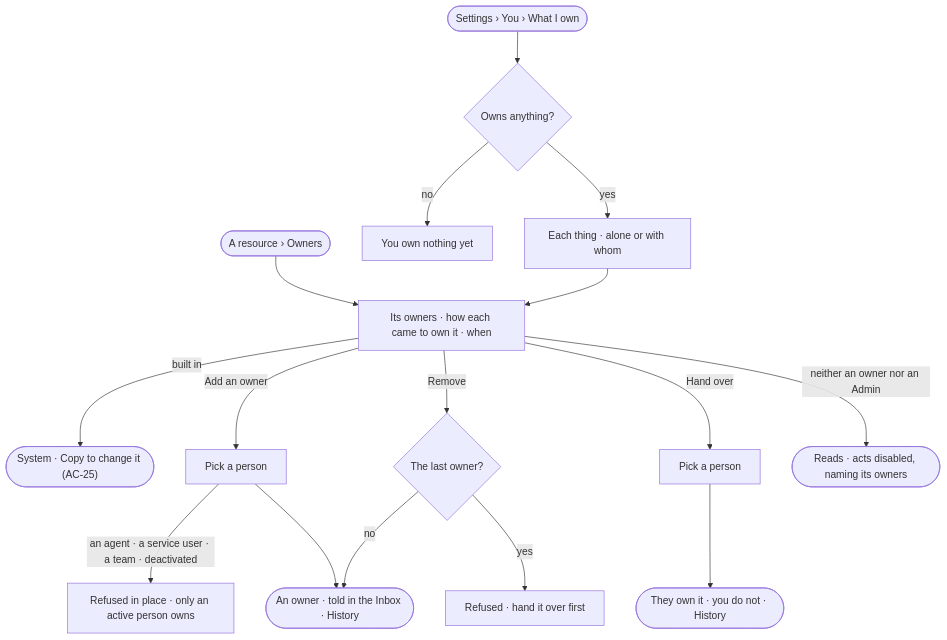
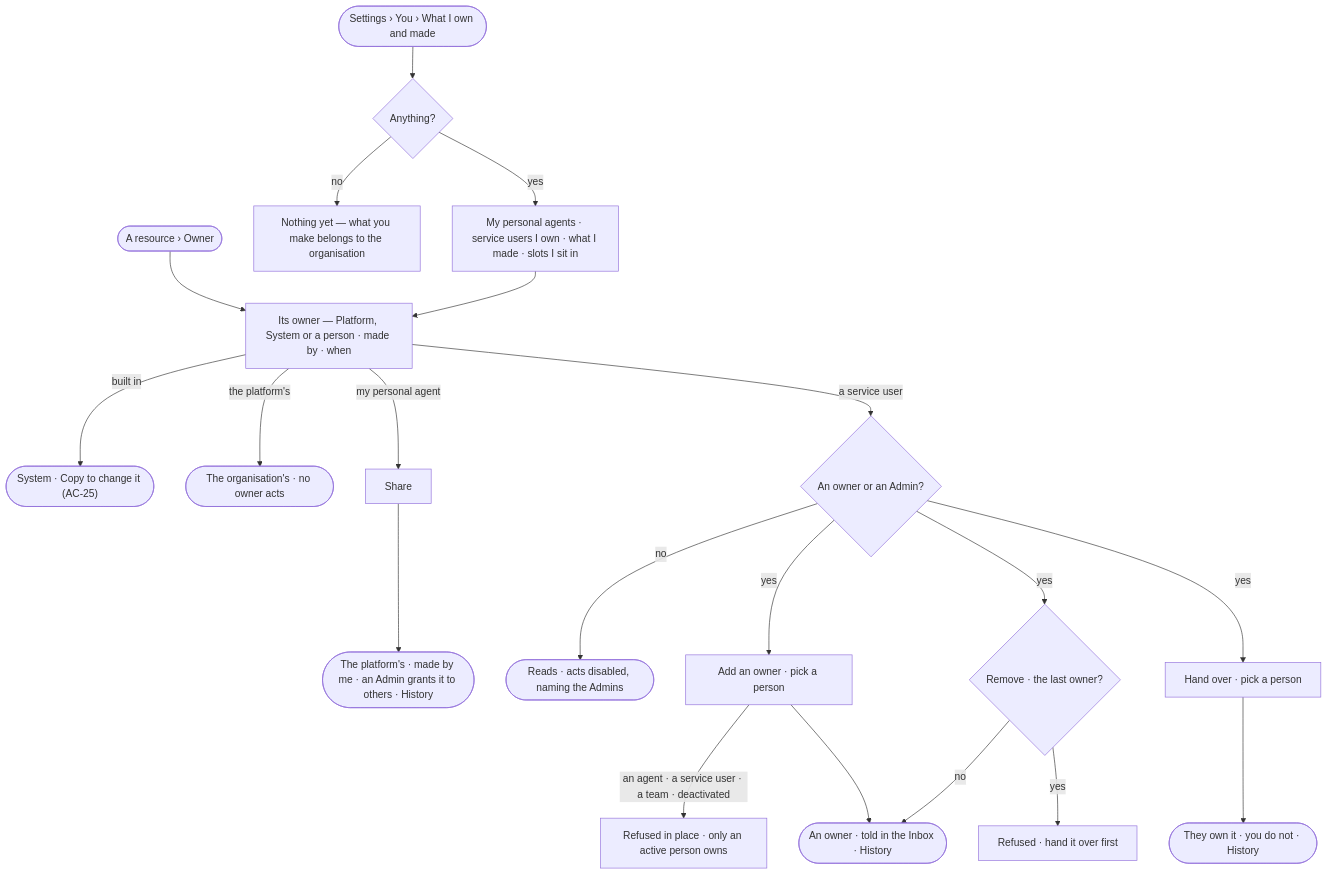
One commit to invana/invana changed the diagram in specs/os/access/features/AC-F07-ownership/stories/AC-24-share-and-hand-over-what-i-own/story.md. Above: the diagram before and after it, drawn with Mermaid. The commit also changed other lines of this file and 300 other files, not shown here.

````diff
--- a/specs/os/access/features/AC-F07-ownership/stories/AC-24-share-and-hand-over-what-i-own/story.md
+++ b/specs/os/access/features/AC-F07-ownership/stories/AC-24-share-and-hand-over-what-i-own/story.md
@@ -26,16 +27,19 @@
 ```mermaid
 flowchart TD
-  r([A resource › Owners]) --> o["Its owners · how each came to own it · when"]
-  me([Settings › You › What I own]) --> m{"Owns anything?"}
-  m -->|no| none["You own nothing yet"]
-  m -->|yes| mine["Each thing · alone or with whom"] --> o
+  r([A resource › Owner]) --> o["Its owner — Platform, System or a person · made by · when"]
+  me([Settings › You › What I own and made]) --> m{"Anything?"}
+  m -->|no| none["Nothing yet — what you make belongs to the organisation"]
+  m -->|yes| mine["My personal agents · service users I own · what I made · slots I sit in"] --> o
   o -->|built in| sys(["System · Copy to change it (AC-25)"])
-  o -->|Add an owner| a["Pick a person"]
+  o -->|the platform's| org(["The organisation's · no owner acts"])
+  o -->|my personal agent| sh["Share"] --> shared(["The platform's · made by me · an Admin grants it to others · History"])
+  o -->|a service user| su{"An owner or an Admin?"}
+  su -->|no| ro(["Reads · acts disabled, naming the Admins"])
+  su -->|yes| a["Add an owner · pick a person"]
   a -->|an agent · a service user · a team · deactivated| an["Refused in place · only an active person owns"]
   a --> ok(["An owner · told in the Inbox · History"])
-  o -->|Remove| rm{"The last owner?"}
+  su -->|yes| rm{"Remove · the last owner?"}
   rm -->|yes| rl["Refused · hand it over first"]
   rm -->|no| ok
-  o -->|Hand over| h["Pick a person"] --> ho(["They own it · you do not · History"])
-  o -->|neither an owner nor an Admin| ro(["Reads · acts disabled, naming its owners"])
+  su -->|yes| h["Hand over · pick a person"] --> ho(["They own it · you do not · History"])
 ```
````
